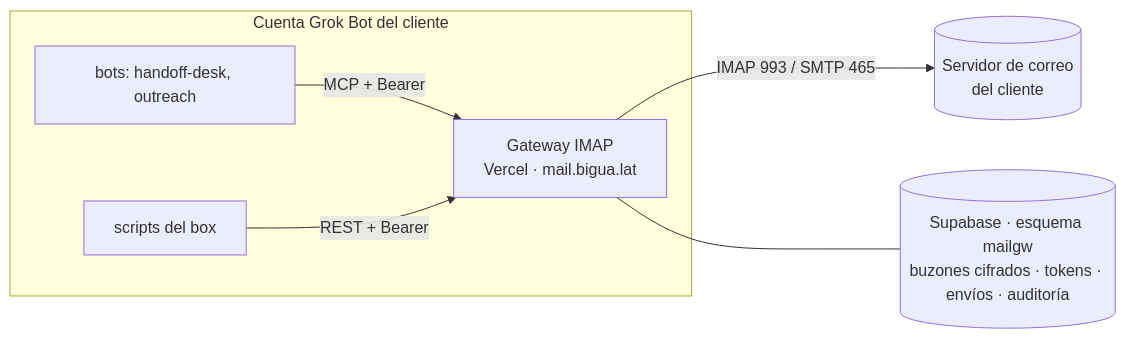
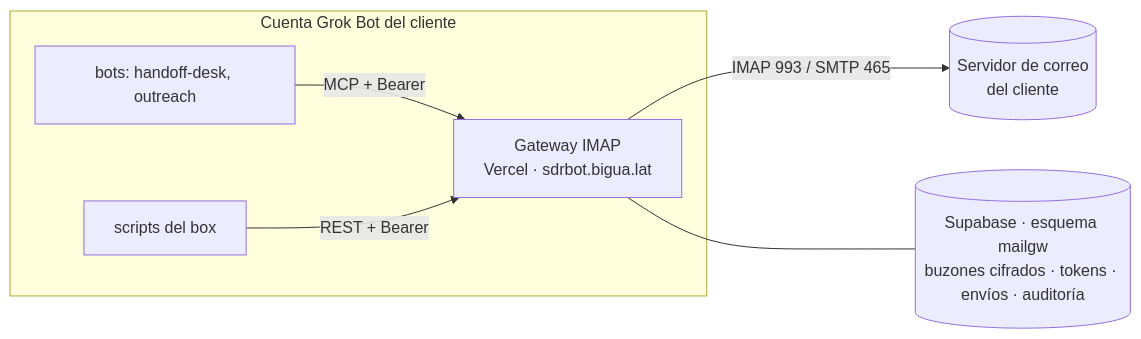
The diagram in docs/07-gateway-imap.md (ignaciocuffia86/sdrbot), drawn with Mermaid before and after one commit. The commit also changed other lines of this file and 4 other files, not shown here.

First line of the commit message:
Gateway: Node 22 fijo, sin memoria ignorada, dominio sdrbot.bigua.lat

````diff
--- a/docs/07-gateway-imap.md
+++ b/docs/07-gateway-imap.md
@@ -18,9 +18,9 @@
 ```mermaid
 flowchart LR
   subgraph GB["Cuenta Grok Bot del cliente"]
     BOT[bots: handoff-desk, outreach] -- MCP + Bearer --> GW
     SCR[scripts del box] -- REST + Bearer --> GW
   end
-  GW[Gateway IMAP<br/>Vercel · mail.bigua.lat] -- IMAP 993 / SMTP 465 --> MS[(Servidor de correo<br/>del cliente)]
+  GW[Gateway IMAP<br/>Vercel · sdrbot.bigua.lat] -- IMAP 993 / SMTP 465 --> MS[(Servidor de correo<br/>del cliente)]
   GW --- DB[(Supabase · esquema mailgw<br/>buzones cifrados · tokens · envíos · auditoría)]
 ```
````
